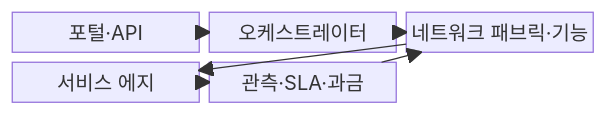
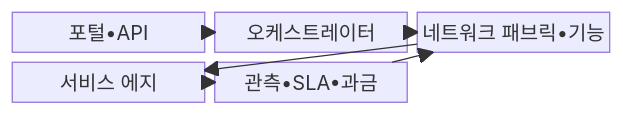
Before and after one commit to agnusdei1207/knowledge-base: the first of 2 diagrams in src/content/docs/notes/04-network/060_network_as_a_service.md, drawn with Mermaid. The commit also changed other lines of this file and 953 other files, not shown here.

````diff
--- a/src/content/docs/notes/04-network/060_network_as_a_service.md
+++ b/src/content/docs/notes/04-network/060_network_as_a_service.md
@@ -68,14 +68,14 @@
 ```mermaid
 block-beta
     columns 3
-    A["포털·API"]
+    A["포털•API"]
     B["오케스트레이터"]
-    C["네트워크 패브릭·기능"]
+    C["네트워크 패브릭•기능"]
     D["서비스 에지"]
-    E["관측·SLA·과금"]
+    E["관측•SLA•과금"]
     A --> B
     B --> C
     C --> D
     E --> C
     E --> D
 ```
````
